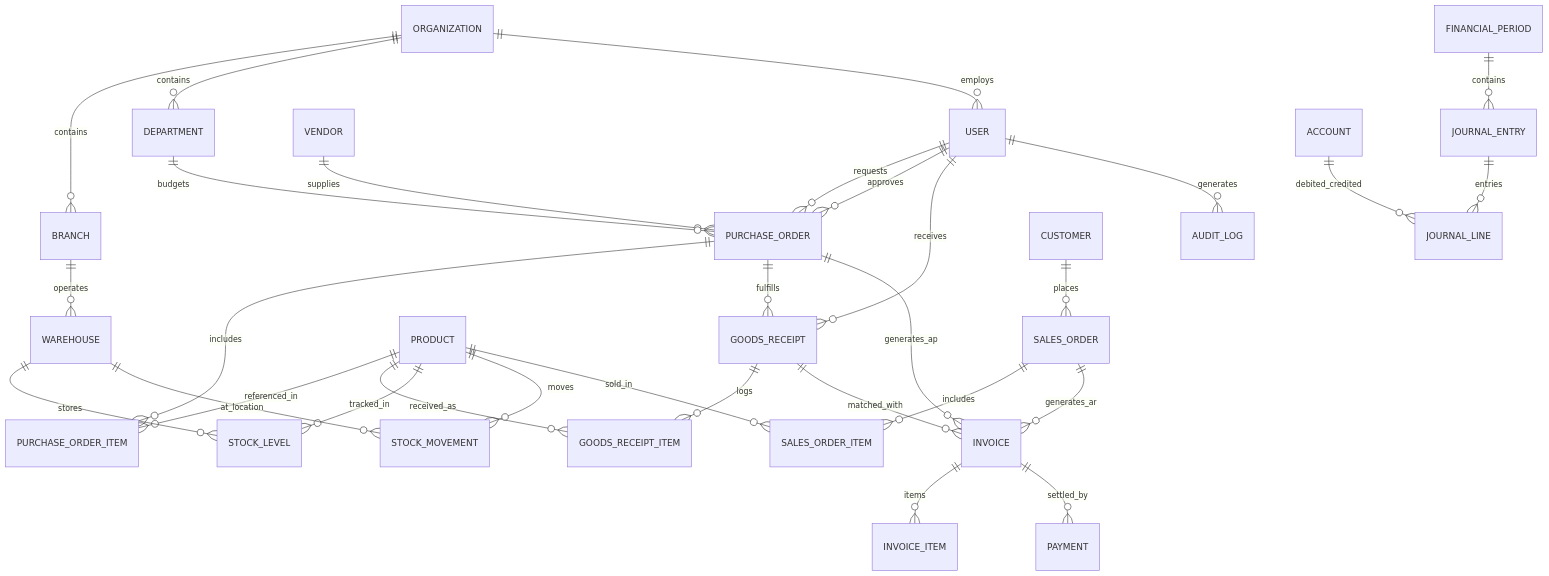
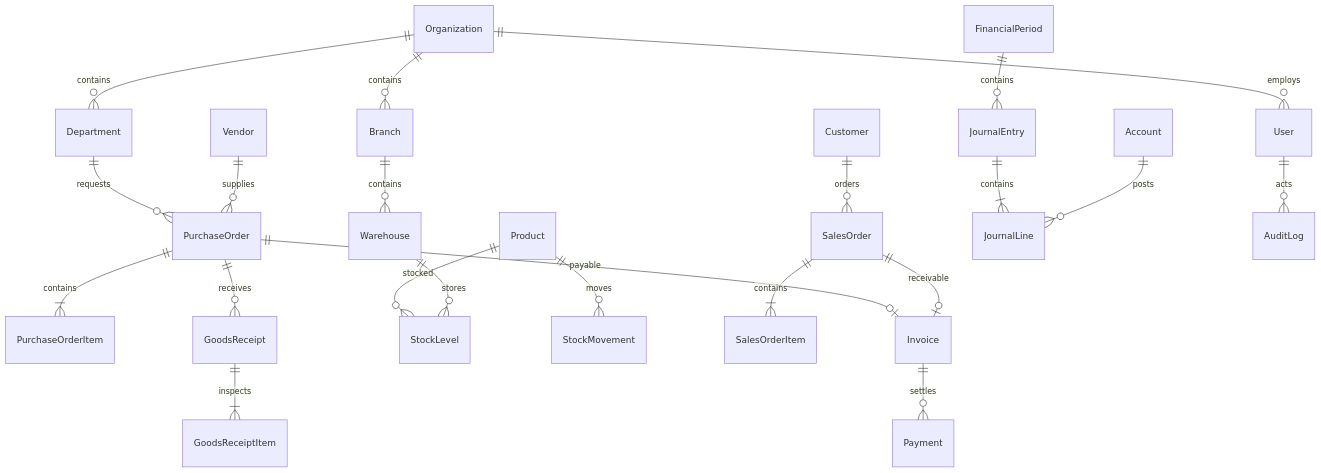
One commit to nitinsharma2005900-ai/EnterpriseX-ERP changed the second of 2 diagrams in docs/ARCHITECTURE.md. Above: the diagram before and after it, drawn with Mermaid. The commit also changed other lines of this file and 14 other files, not shown here.

````diff
--- a/docs/ARCHITECTURE.md
+++ b/docs/ARCHITECTURE.md
@@ -22,40 +17,24 @@
 ```mermaid
 erDiagram
-    ORGANIZATION ||--o{ BRANCH : contains
-    ORGANIZATION ||--o{ DEPARTMENT : contains
-    BRANCH ||--o{ WAREHOUSE : operates
-    ORGANIZATION ||--o{ USER : employs
-
-    USER ||--o{ PURCHASE_ORDER : requests
-    USER ||--o{ PURCHASE_ORDER : approves
-    USER ||--o{ GOODS_RECEIPT : receives
-    USER ||--o{ AUDIT_LOG : generates
-
-    VENDOR ||--o{ PURCHASE_ORDER : supplies
-    DEPARTMENT ||--o{ PURCHASE_ORDER : budgets
-    PURCHASE_ORDER ||--o{ PURCHASE_ORDER_ITEM : includes
-    PRODUCT ||--o{ PURCHASE_ORDER_ITEM : referenced_in
-
-    PURCHASE_ORDER ||--o{ GOODS_RECEIPT : fulfills
-    GOODS_RECEIPT ||--o{ GOODS_RECEIPT_ITEM : logs
-    PRODUCT ||--o{ GOODS_RECEIPT_ITEM : received_as
-
-    PRODUCT ||--o{ STOCK_LEVEL : tracked_in
-    WAREHOUSE ||--o{ STOCK_LEVEL : stores
-    PRODUCT ||--o{ STOCK_MOVEMENT : moves
-    WAREHOUSE ||--o{ STOCK_MOVEMENT : at_location
-
-    CUSTOMER ||--o{ SALES_ORDER : places
-    SALES_ORDER ||--o{ SALES_ORDER_ITEM : includes
-    PRODUCT ||--o{ SALES_ORDER_ITEM : sold_in
-
-    PURCHASE_ORDER ||--o{ INVOICE : generates_ap
-    SALES_ORDER ||--o{ INVOICE : generates_ar
-    GOODS_RECEIPT ||--o{ INVOICE : matched_with
-    INVOICE ||--o{ INVOICE_ITEM : items
-    INVOICE ||--o{ PAYMENT : settled_by
-
-    FINANCIAL_PERIOD ||--o{ JOURNAL_ENTRY : contains
-    JOURNAL_ENTRY ||--o{ JOURNAL_LINE : entries
-    ACCOUNT ||--o{ JOURNAL_LINE : debited_credited
+  Organization ||--o{ Branch : contains
+  Organization ||--o{ Department : contains
+  Organization ||--o{ User : employs
+  Branch ||--o{ Warehouse : contains
+  Department ||--o{ PurchaseOrder : requests
+  Vendor ||--o{ PurchaseOrder : supplies
+  PurchaseOrder ||--|{ PurchaseOrderItem : contains
+  PurchaseOrder ||--o{ GoodsReceipt : receives
+  GoodsReceipt ||--|{ GoodsReceiptItem : inspects
+  Product ||--o{ StockLevel : stocked
+  Warehouse ||--o{ StockLevel : stores
+  Product ||--o{ StockMovement : moves
+  Customer ||--o{ SalesOrder : orders
+  SalesOrder ||--|{ SalesOrderItem : contains
+  PurchaseOrder ||--o| Invoice : payable
+  SalesOrder ||--o| Invoice : receivable
+  Invoice ||--o{ Payment : settles
+  FinancialPeriod ||--o{ JournalEntry : contains
+  JournalEntry ||--|{ JournalLine : contains
+  Account ||--o{ JournalLine : posts
+  User ||--o{ AuditLog : acts
 ```
````
